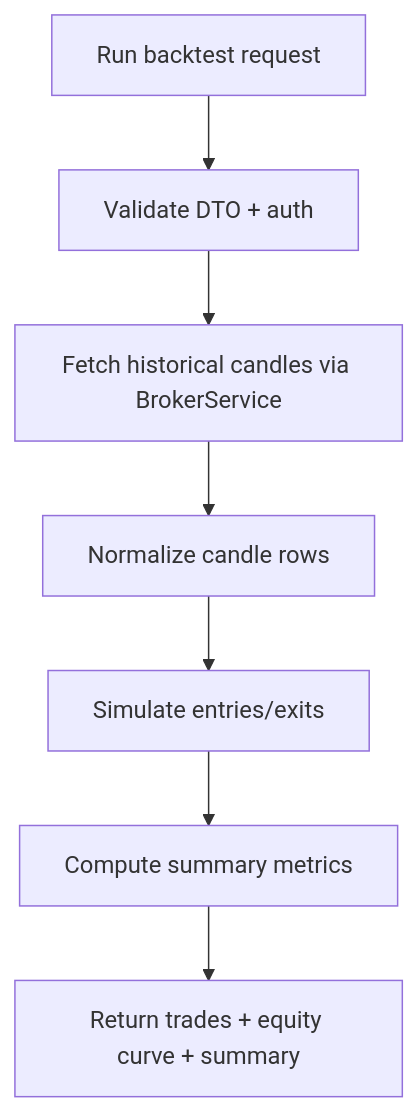
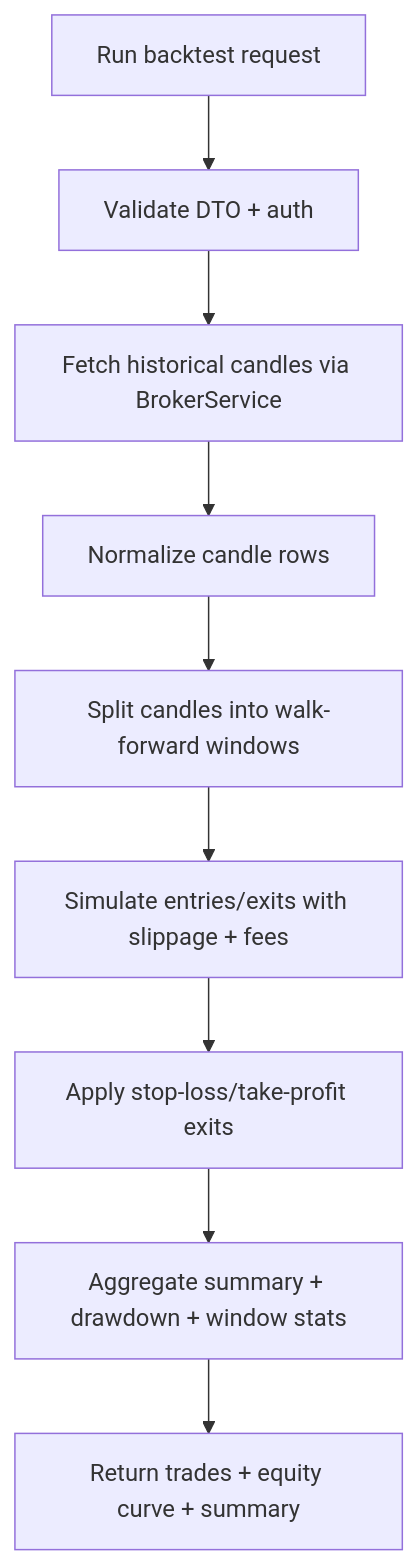
The diagram in apps/api/src/modules/backtesting/README.md (AmanVatsSharma/algo-with-nandax), drawn with Mermaid before and after one commit. The commit also changed other lines of this file and 6 other files, not shown here.

Commit message:
enhance backtesting with slippage walk-forward and risk exits

````diff
--- a/apps/api/src/modules/backtesting/README.md
+++ b/apps/api/src/modules/backtesting/README.md
@@ -30,9 +38,11 @@
 ```mermaid
 flowchart TD
   A[Run backtest request] --> B[Validate DTO + auth]
   B --> C[Fetch historical candles via BrokerService]
   C --> D[Normalize candle rows]
-  D --> E[Simulate entries/exits]
-  E --> F[Compute summary metrics]
-  F --> G[Return trades + equity curve + summary]
+  D --> E[Split candles into walk-forward windows]
+  E --> F[Simulate entries/exits with slippage + fees]
+  F --> G[Apply stop-loss/take-profit exits]
+  G --> H[Aggregate summary + drawdown + window stats]
+  H --> I[Return trades + equity curve + summary]
 ```
````
